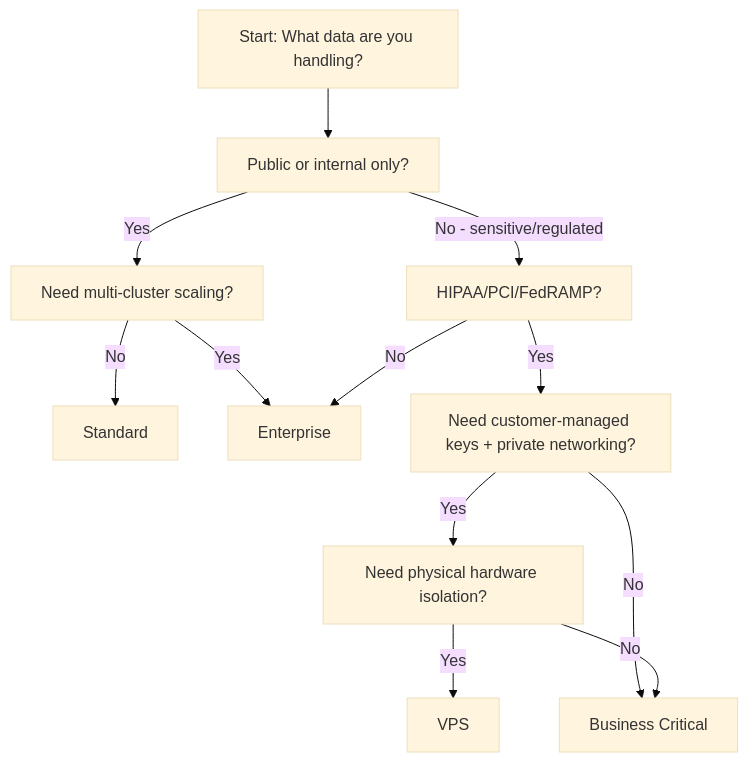
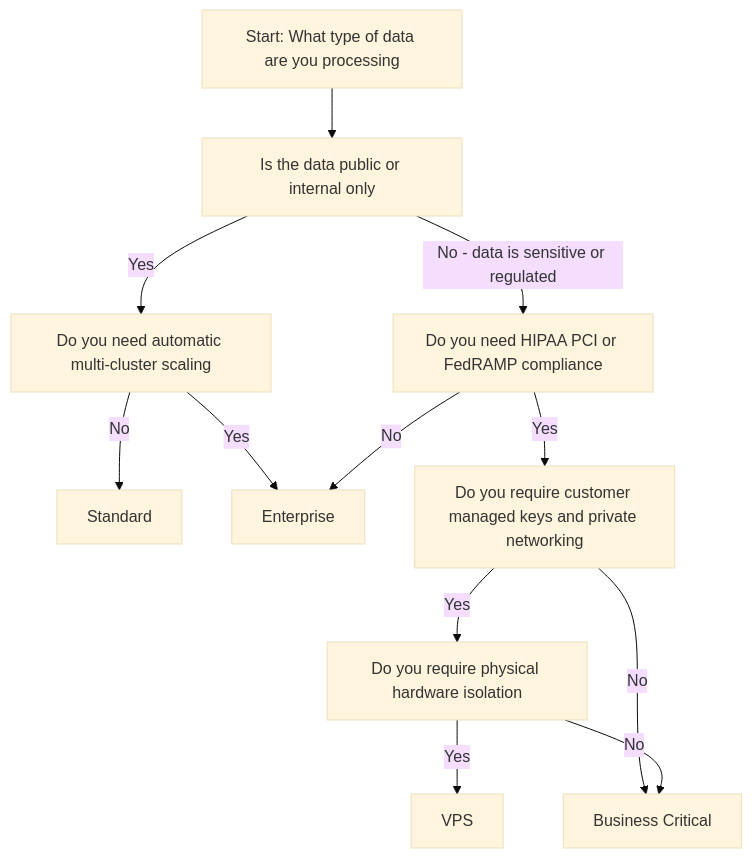
The seventh of 7 diagrams in Domain 1.0 Snowflake AI Data Cloud Features and Architecture/1.1 Snowflake Architecture/Snowflake Editions/Compare and Contrast Snowflake Editions.md (Balasubramanian-pg/COF-CO3), drawn with Mermaid (base theme) before and after one commit. The commit also changed other lines of this file, not shown here.

````diff
--- a/Domain 1.0 Snowflake AI Data Cloud Features and Architecture/1.1 Snowflake Architecture/Snowflake Editions/Compare and Contrast Snowflake Editions.md
+++ b/Domain 1.0 Snowflake AI Data Cloud Features and Architecture/1.1 Snowflake Architecture/Snowflake Editions/Compare and Contrast Snowflake Editions.md
@@ -175,19 +177,19 @@
 ```mermaid
 flowchart TD
-    Q1[Start: What data are you handling?] 
-    Q1 --> Q2[Public or internal only?]
-    Q2 -->|Yes| Q3[Need multi-cluster scaling?]
-    Q2 -->|No - sensitive/regulated| Q4[HIPAA/PCI/FedRAMP?]
+    Q1[Start: What type of data are you processing] 
+    Q1 --> Q2[Is the data public or internal only]
+    Q2 -->|Yes| Q3[Do you need automatic multi-cluster scaling]
+    Q2 -->|No - data is sensitive or regulated| Q4[Do you need HIPAA PCI or FedRAMP compliance]
     
     Q3 -->|No| A[Standard]
     Q3 -->|Yes| B[Enterprise]
     
-    Q4 -->|Yes| Q5[Need customer-managed keys + private networking?]
+    Q4 -->|Yes| Q5[Do you require customer managed keys and private networking]
     Q4 -->|No| B
     
-    Q5 -->|Yes| Q6[Need physical hardware isolation?]
+    Q5 -->|Yes| Q6[Do you require physical hardware isolation]
     Q5 -->|No| C[Business Critical]
     
     Q6 -->|Yes| D[VPS]
     Q6 -->|No| C
 ```
````
